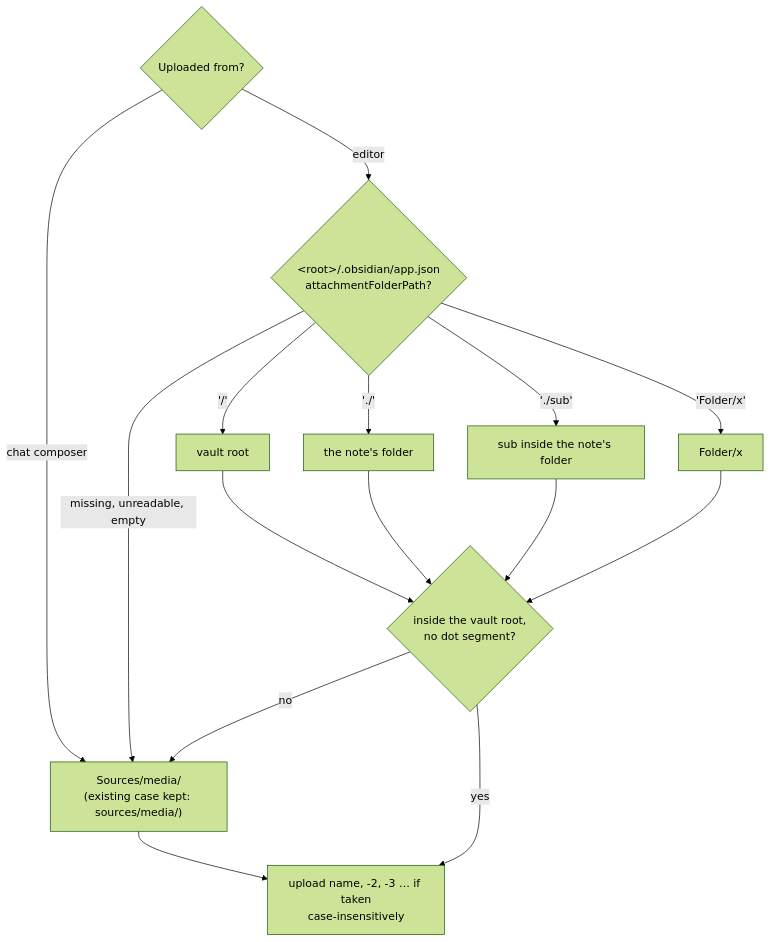
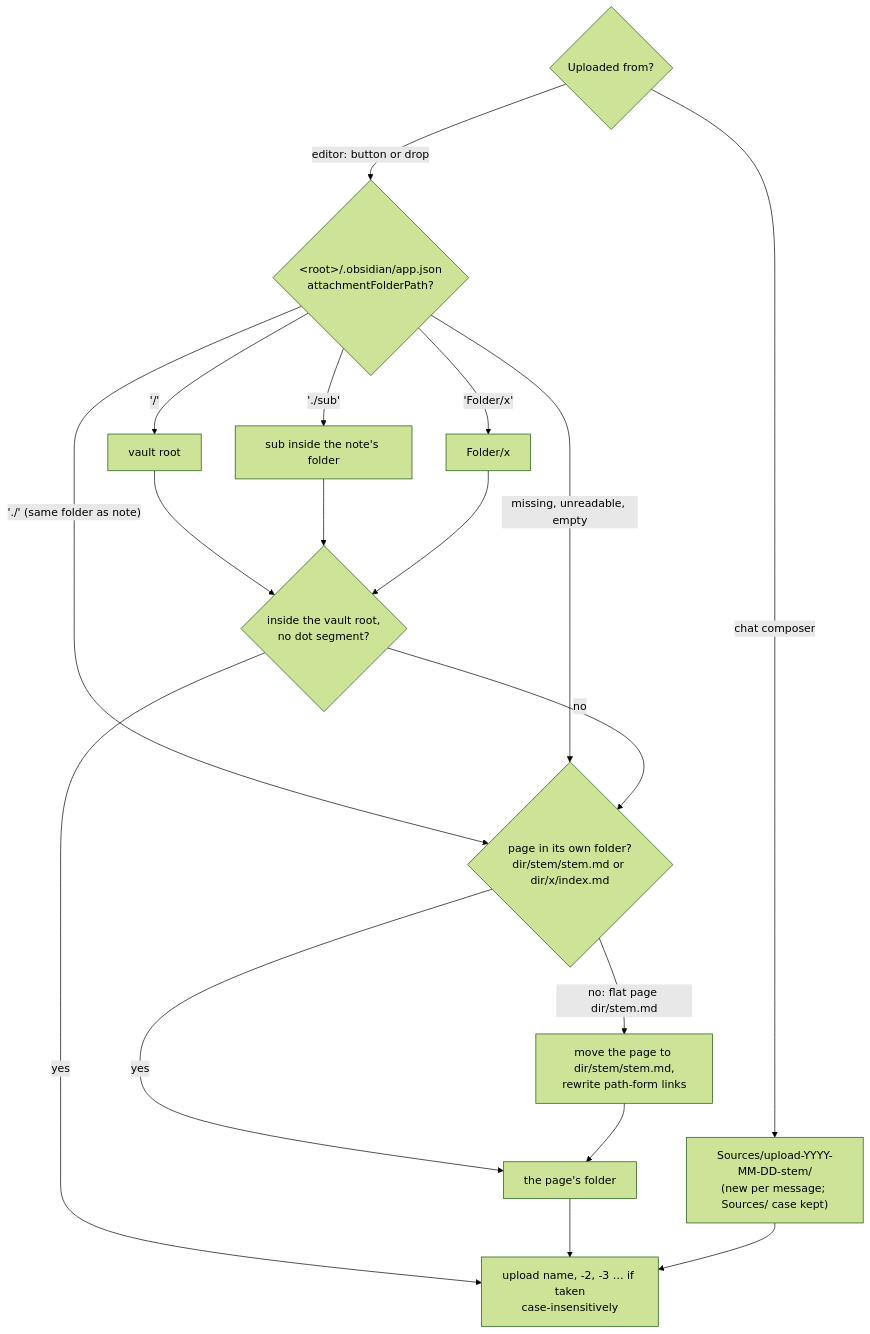
Before and after one commit to tillg/karpathy.app: the first of 4 diagrams in specs/changes/attachments/domain.md, drawn with Mermaid (forest theme). The commit also changed other lines of this file and 3 other files, not shown here.

First line of the commit message:
spec(attachments): own-folder rule, page move, drag and drop

````diff
--- a/specs/changes/attachments/domain.md
+++ b/specs/changes/attachments/domain.md
@@ -34,15 +40,18 @@
 ```mermaid
 flowchart TD
     S{Uploaded from?}
-    S -->|chat composer| SM["Sources/media/<br/>(existing case kept: sources/media/)"]
-    S -->|editor| A{"&lt;root&gt;/.obsidian/app.json<br/>attachmentFolderPath?"}
-    A -->|missing, unreadable, empty| SM
+    S -->|chat composer| SF["Sources/upload-YYYY-MM-DD-stem/<br/>(new per message; Sources/ case kept)"]
+    S -->|"editor: button or drop"| A{"&lt;root&gt;/.obsidian/app.json<br/>attachmentFolderPath?"}
     A -->|"'/'"| R[vault root]
-    A -->|"'./'"| N[the note's folder]
+    A -->|"'./' (same folder as note)"| O
     A -->|"'./sub'"| NS[sub inside the note's folder]
     A -->|"'Folder/x'"| F[Folder/x]
-    R & N & NS & F --> CHK{inside the vault root,<br/>no dot segment?}
-    CHK -->|no| SM
+    A -->|missing, unreadable, empty| O{page in its own folder?<br/>dir/stem/stem.md or dir/x/index.md}
+    O -->|yes| OF[the page's folder]
+    O -->|"no: flat page dir/stem.md"| MV[move the page to dir/stem/stem.md,<br/>rewrite path-form links]
+    MV --> OF
+    R & NS & F --> CHK{inside the vault root,<br/>no dot segment?}
+    CHK -->|no| O
     CHK -->|yes| NAME
-    SM --> NAME[upload name, -2, -3 … if taken<br/>case-insensitively]
+    OF & SF --> NAME[upload name, -2, -3 … if taken<br/>case-insensitively]
 ```
````
